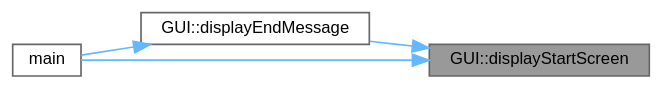
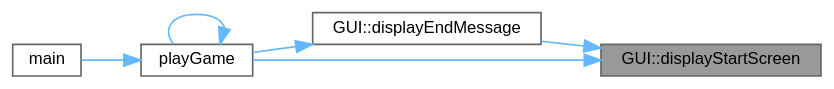
One commit to jesstyrrell/cosc345 changed the diagram in class_g_u_i_a0dc53c5a6daa0f01b57c4d4731b4d933_icgraph.dot. Above: the diagram before and after it, drawn with Graphviz. The commit also changed 182 other files, not shown here.

```diff
--- a/class_g_u_i_a0dc53c5a6daa0f01b57c4d4731b4d933_icgraph.dot
+++ b/class_g_u_i_a0dc53c5a6daa0f01b57c4d4731b4d933_icgraph.dot
@@ -1,15 +1,18 @@
 digraph "GUI::displayStartScreen"
 {
  // INTERACTIVE_SVG=YES
  // LATEX_PDF_SIZE
   bgcolor="transparent";
   edge [fontname=Helvetica,fontsize=10,labelfontname=Helvetica,labelfontsize=10];
   node [fontname=Helvetica,fontsize=10,shape=box,height=0.2,width=0.4];
   rankdir="RL";
   Node1 [id="Node000001",label="GUI::displayStartScreen",height=0.2,width=0.4,color="gray40", fillcolor="grey60", style="filled", fontcolor="black",tooltip="Displays the start screen of the game."];
   Node1 -> Node2 [id="edge1_Node000001_Node000002",dir="back",color="steelblue1",style="solid",tooltip=" "];
   Node2 [id="Node000002",label="GUI::displayEndMessage",height=0.2,width=0.4,color="grey40", fillcolor="white", style="filled",URL="$class_g_u_i.html#a663dad721796a4f367c2534e1901fc97",tooltip="Displays the end message when the game is over."];
   Node2 -> Node3 [id="edge2_Node000002_Node000003",dir="back",color="steelblue1",style="solid",tooltip=" "];
-  Node3 [id="Node000003",label="main",height=0.2,width=0.4,color="grey40", fillcolor="white", style="filled",URL="$main_8cpp.html#a0ddf1224851353fc92bfbff6f499fa97",tooltip=" "];
-  Node1 -> Node3 [id="edge3_Node000001_Node000003",dir="back",color="steelblue1",style="solid",tooltip=" "];
+  Node3 [id="Node000003",label="playGame",height=0.2,width=0.4,color="grey40", fillcolor="white", style="filled",URL="$main_8cpp.html#a4cbfdb17bf51e00546880626f7e80429",tooltip=" "];
+  Node3 -> Node4 [id="edge3_Node000003_Node000004",dir="back",color="steelblue1",style="solid",tooltip=" "];
+  Node4 [id="Node000004",label="main",height=0.2,width=0.4,color="grey40", fillcolor="white", style="filled",URL="$main_8cpp.html#a0ddf1224851353fc92bfbff6f499fa97",tooltip=" "];
+  Node3 -> Node3 [id="edge4_Node000003_Node000003",dir="back",color="steelblue1",style="solid",tooltip=" "];
+  Node1 -> Node3 [id="edge5_Node000001_Node000003",dir="back",color="steelblue1",style="solid",tooltip=" "];
 }
```
